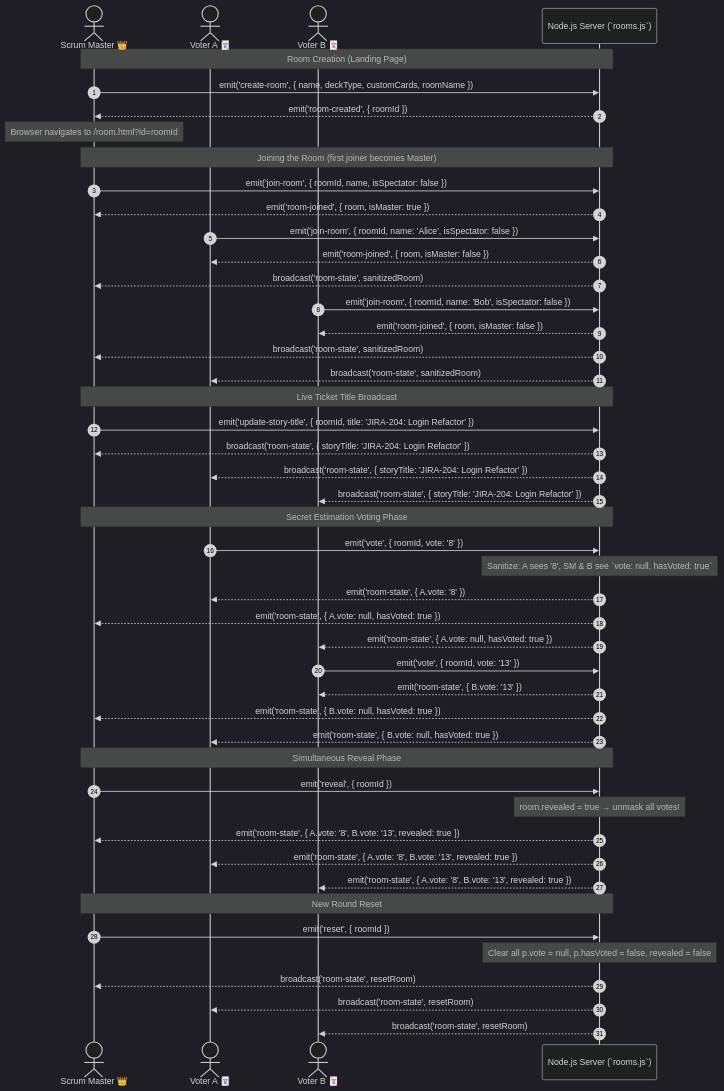
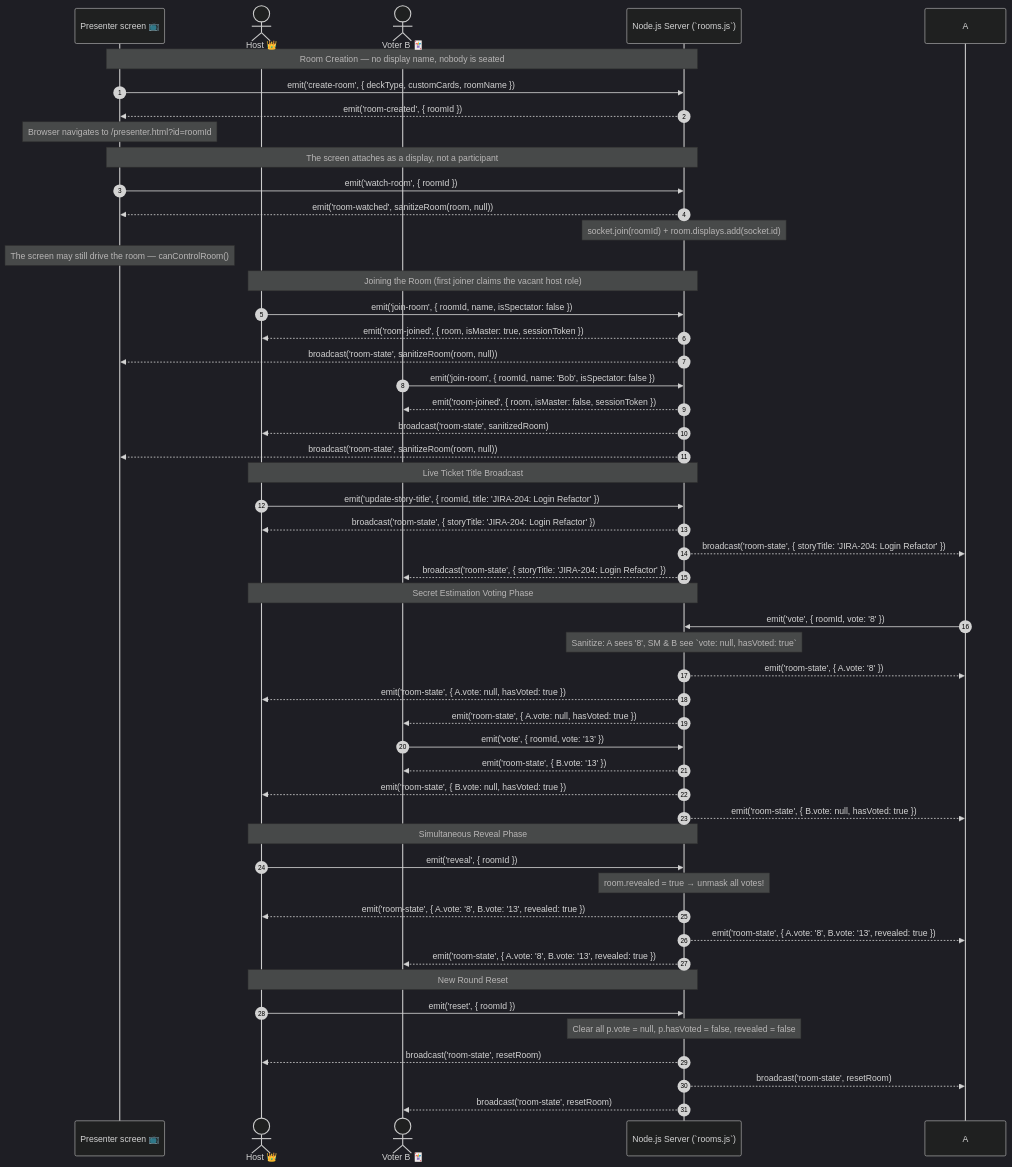
Before and after one commit to Stuxles/scrum-tools: the first of 4 diagrams in docs/wiki/socket-flows.md, drawn with Mermaid (dark theme). The commit also changed other lines of this file and 13 other files, not shown here.

First line of the commit message:
feat(presenter): let the presenter screen drive the room

````diff
--- a/docs/wiki/socket-flows.md
+++ b/docs/wiki/socket-flows.md
@@ -11,58 +11,61 @@
 ```mermaid
 sequenceDiagram
     autonumber
-    actor SM as Scrum Master 👑
-    actor A as Voter A 🃏
+    participant P as Presenter screen 📺
+    actor SM as Host 👑
     actor B as Voter B 🃏
     participant S as Node.js Server (`rooms.js`)
 
-    Note over SM,S: Room Creation (Landing Page)
-    SM->>S: emit('create-room', { name, deckType, customCards, roomName })
-    S-->>SM: emit('room-created', { roomId })
-    Note over SM: Browser navigates to /room.html?id=roomId
+    Note over P,S: Room Creation — no display name, nobody is seated
+    P->>S: emit('create-room', { deckType, customCards, roomName })
+    S-->>P: emit('room-created', { roomId })
+    Note over P: Browser navigates to /presenter.html?id=roomId
 
-    Note over SM,S: Joining the Room (first joiner becomes Master)
+    Note over P,S: The screen attaches as a display, not a participant
+    P->>S: emit('watch-room', { roomId })
+    S-->>P: emit('room-watched', sanitizeRoom(room, null))
+    Note over S: socket.join(roomId) + room.displays.add(socket.id)
+    Note over P: The screen may still drive the room — canControlRoom()
+
+    Note over SM,S: Joining the Room (first joiner claims the vacant host role)
     SM->>S: emit('join-room', { roomId, name, isSpectator: false })
-    S-->>SM: emit('room-joined', { room, isMaster: true })
-
-    A->>S: emit('join-room', { roomId, name: 'Alice', isSpectator: false })
-    S-->>A: emit('room-joined', { room, isMaster: false })
-    S-->>SM: broadcast('room-state', sanitizedRoom)
+    S-->>SM: emit('room-joined', { room, isMaster: true, sessionToken })
+    S-->>P: broadcast('room-state', sanitizeRoom(room, null))
 
     B->>S: emit('join-room', { roomId, name: 'Bob', isSpectator: false })
-    S-->>B: emit('room-joined', { room, isMaster: false })
+    S-->>B: emit('room-joined', { room, isMaster: false, sessionToken })
     S-->>SM: broadcast('room-state', sanitizedRoom)
-    S-->>A: broadcast('room-state', sanitizedRoom)
+    S-->>P: broadcast('room-state', sanitizeRoom(room, null))
 
     Note over SM,S: Live Ticket Title Broadcast
     SM->>S: emit('update-story-title', { roomId, title: 'JIRA-204: Login Refactor' })
     S-->>SM: broadcast('room-state', { storyTitle: 'JIRA-204: Login Refactor' })
     S-->>A: broadcast('room-state', { storyTitle: 'JIRA-204: Login Refactor' })
     S-->>B: broadcast('room-state', { storyTitle: 'JIRA-204: Login Refactor' })
 
     Note over SM,S: Secret Estimation Voting Phase
     A->>S: emit('vote', { roomId, vote: '8' })
     Note over S: Sanitize: A sees '8', SM & B see `vote: null, hasVoted: true`
     S-->>A: emit('room-state', { A.vote: '8' })
     S-->>SM: emit('room-state', { A.vote: null, hasVoted: true })
     S-->>B: emit('room-state', { A.vote: null, hasVoted: true })
 
     B->>S: emit('vote', { roomId, vote: '13' })
     S-->>B: emit('room-state', { B.vote: '13' })
     S-->>SM: emit('room-state', { B.vote: null, hasVoted: true })
     S-->>A: emit('room-state', { B.vote: null, hasVoted: true })
 
     Note over SM,S: Simultaneous Reveal Phase
     SM->>S: emit('reveal', { roomId })
     Note over S: room.revealed = true → unmask all votes!
     S-->>SM: emit('room-state', { A.vote: '8', B.vote: '13', revealed: true })
     S-->>A: emit('room-state', { A.vote: '8', B.vote: '13', revealed: true })
     S-->>B: emit('room-state', { A.vote: '8', B.vote: '13', revealed: true })
 
     Note over SM,S: New Round Reset
     SM->>S: emit('reset', { roomId })
     Note over S: Clear all p.vote = null, p.hasVoted = false, revealed = false
     S-->>SM: broadcast('room-state', resetRoom)
     S-->>A: broadcast('room-state', resetRoom)
     S-->>B: broadcast('room-state', resetRoom)
 ```
````
